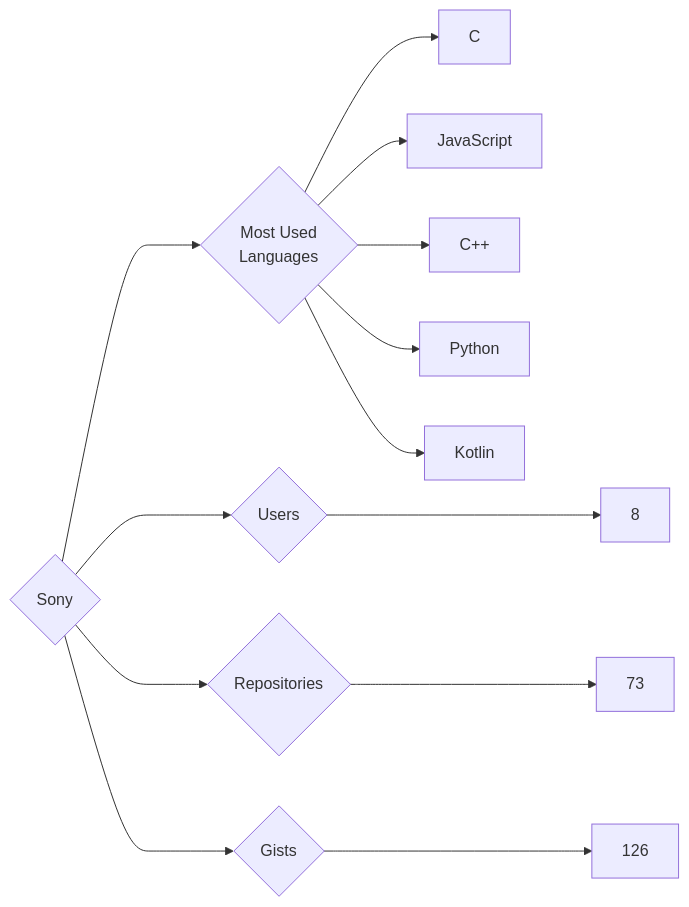
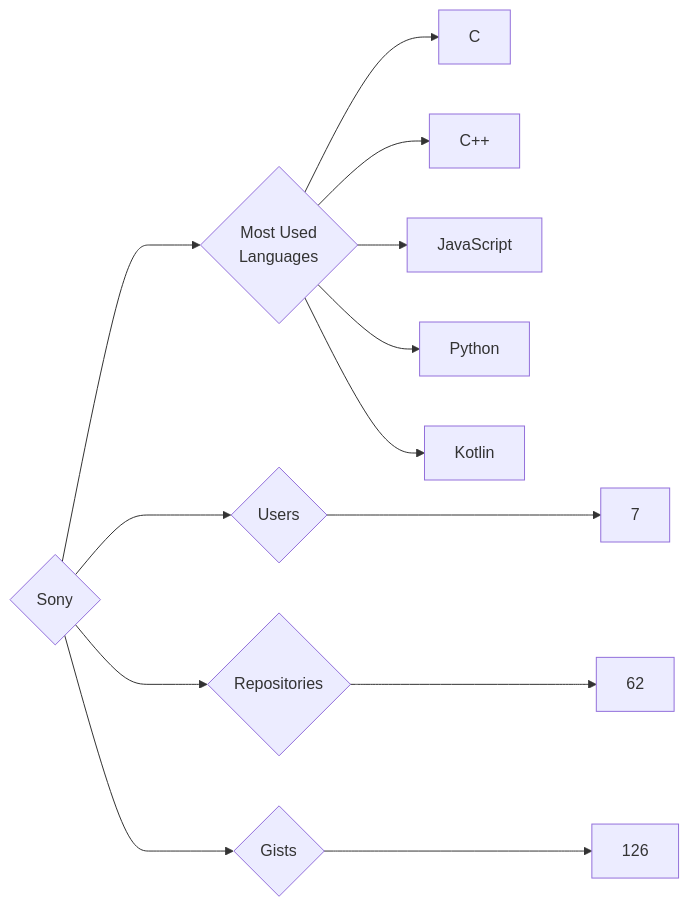
One commit to trickest/insiders changed the diagram in targets/Sony/README.md. Above: the diagram before and after it, drawn with Mermaid. The commit also changed 725 other files, not shown here.

````diff
--- a/targets/Sony/README.md
+++ b/targets/Sony/README.md
@@ -3,13 +3,13 @@
 ```mermaid
 graph LR
 COMPANY_NAME{Sony}
-COMPANY_NAME ---> U{Users} ---> UN[8]
-COMPANY_NAME ---> R{Repositories} ---> RN[73]
+COMPANY_NAME ---> U{Users} ---> UN[7]
+COMPANY_NAME ---> R{Repositories} ---> RN[62]
 COMPANY_NAME ---> G{Gists} ---> GN[126]
 COMPANY_NAME ---> ML{Most Used<br>Languages}
 ML --> C[C]
+ML --> C++[C++]
 ML --> JavaScript[JavaScript]
-ML --> C++[C++]
 ML --> Python[Python]
 ML --> Kotlin[Kotlin]
 ```
````
